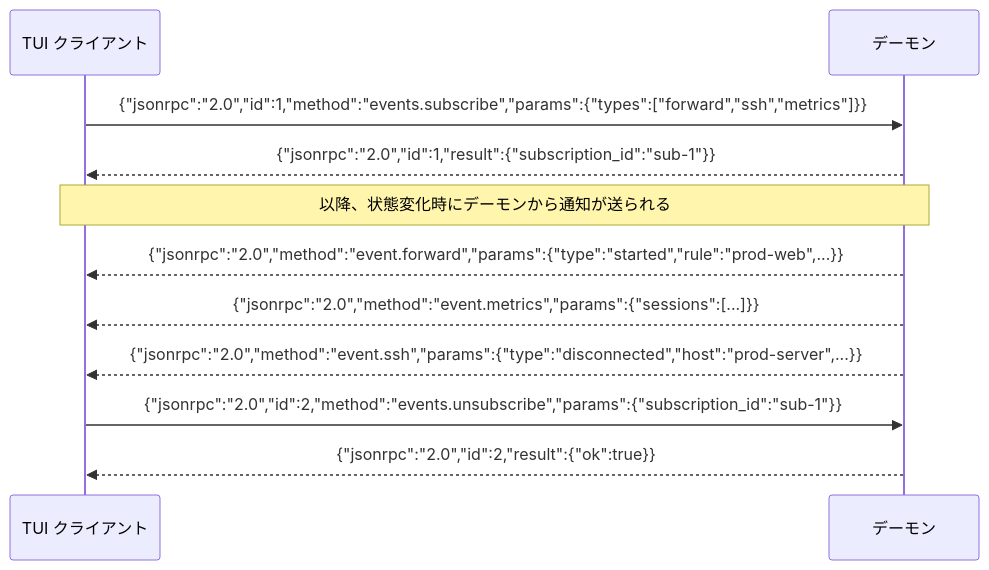
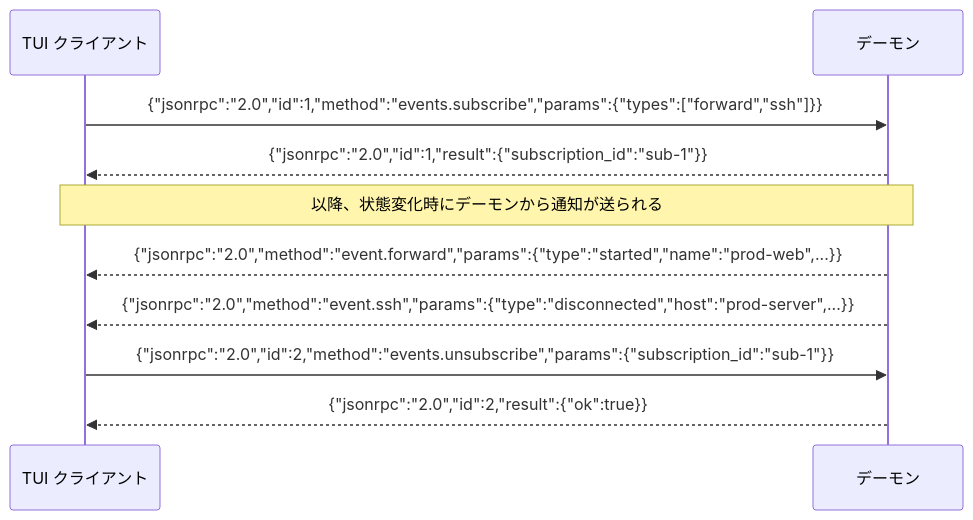
Before and after one commit to ousiassllc/MolePort: the seventh of 23 diagrams in docs/architecture/overview.md, drawn with Mermaid. The commit also changed other lines of this file and 5 other files, not shown here.

Commit message:
docs: 実装との乖離を修正（GUI コンポーネント一覧・転送パネル・session.list・event.metrics・ディレクトリ構成）(#152, #155, #156, #157, #158)

````diff
--- a/docs/architecture/overview.md
+++ b/docs/architecture/overview.md
@@ -226,17 +226,16 @@
 ```mermaid
 sequenceDiagram
     participant TUI as TUI クライアント
     participant Daemon as デーモン
 
-    TUI->>Daemon: {"jsonrpc":"2.0","id":1,"method":"events.subscribe","params":{"types":["forward","ssh","metrics"]}}
+    TUI->>Daemon: {"jsonrpc":"2.0","id":1,"method":"events.subscribe","params":{"types":["forward","ssh"]}}
     Daemon-->>TUI: {"jsonrpc":"2.0","id":1,"result":{"subscription_id":"sub-1"}}
 
     Note over Daemon,TUI: 以降、状態変化時にデーモンから通知が送られる
 
-    Daemon-->>TUI: {"jsonrpc":"2.0","method":"event.forward","params":{"type":"started","rule":"prod-web",...}}
-    Daemon-->>TUI: {"jsonrpc":"2.0","method":"event.metrics","params":{"sessions":[...]}}
+    Daemon-->>TUI: {"jsonrpc":"2.0","method":"event.forward","params":{"type":"started","name":"prod-web",...}}
     Daemon-->>TUI: {"jsonrpc":"2.0","method":"event.ssh","params":{"type":"disconnected","host":"prod-server",...}}
 
     TUI->>Daemon: {"jsonrpc":"2.0","id":2,"method":"events.unsubscribe","params":{"subscription_id":"sub-1"}}
     Daemon-->>TUI: {"jsonrpc":"2.0","id":2,"result":{"ok":true}}
 ```
````
